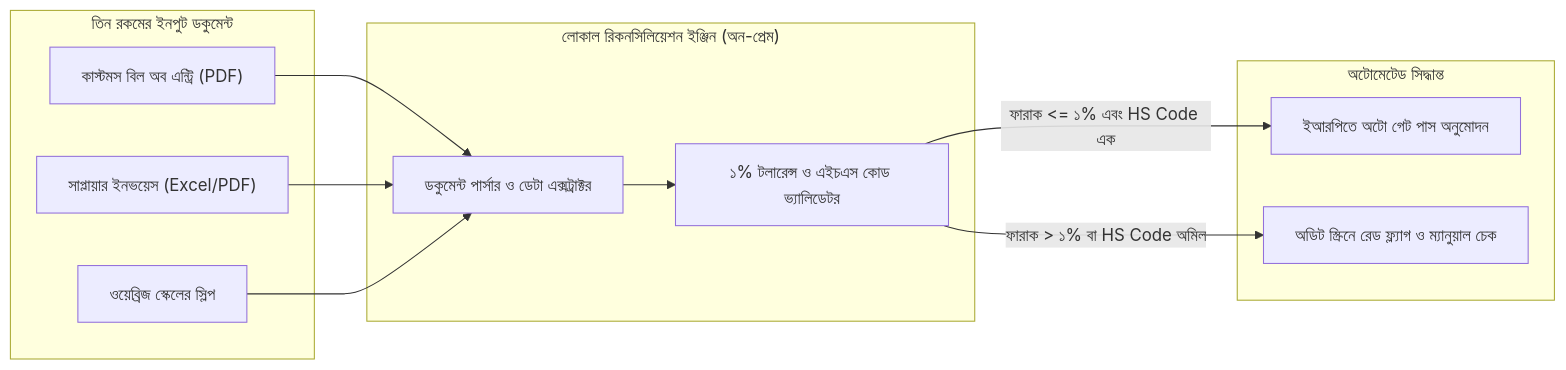
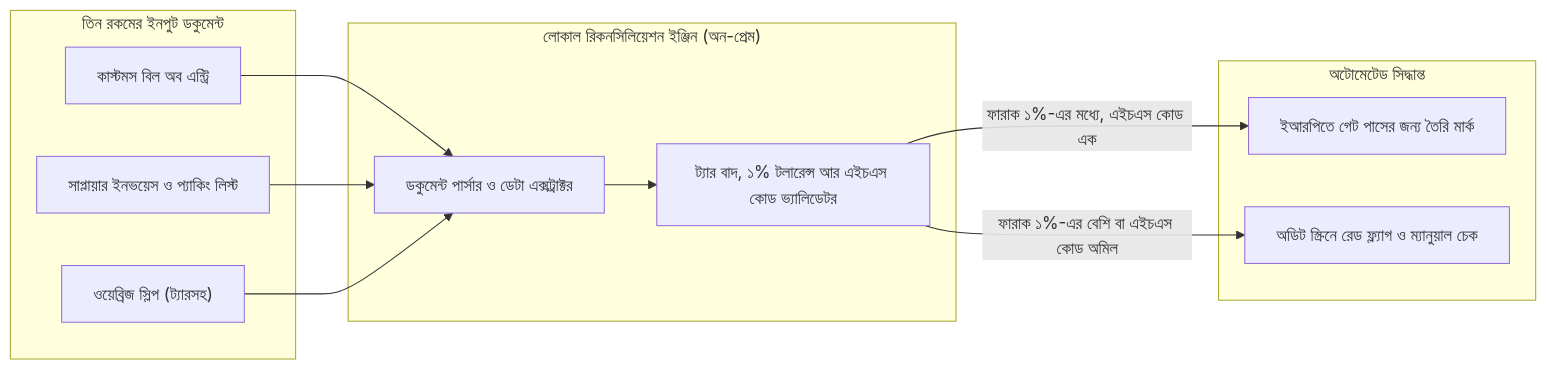
The second of 2 diagrams in docs/chapter-4/index.md (aiwithr/fde_book), drawn with Mermaid before and after one commit. The commit also changed other lines of this file, not shown here.

````diff
--- a/docs/chapter-4/index.md
+++ b/docs/chapter-4/index.md
@@ -175,23 +197,23 @@
 ```mermaid
 flowchart LR
     subgraph Docs["তিন রকমের ইনপুট ডকুমেন্ট"]
-        D1["কাস্টমস বিল অব এন্ট্রি (PDF)"]
-        D2["সাপ্লায়ার ইনভয়েস (Excel/PDF)"]
-        D3["ওয়েব্রিজ স্কেলের স্লিপ"]
+        D1["কাস্টমস বিল অব এন্ট্রি"]
+        D2["সাপ্লায়ার ইনভয়েস ও প্যাকিং লিস্ট"]
+        D3["ওয়েব্রিজ স্লিপ (ট্যারসহ)"]
     end
 
     subgraph LocalEngine["লোকাল রিকনসিলিয়েশন ইঞ্জিন (অন-প্রেম)"]
         E1["ডকুমেন্ট পার্সার ও ডেটা এক্সট্রাক্টর"]
-        E2["১% টলারেন্স ও এইচএস কোড ভ্যালিডেটর"]
+        E2["ট্যার বাদ, ১% টলারেন্স আর এইচএস কোড ভ্যালিডেটর"]
 
         D1 --> E1
         D2 --> E1
         D3 --> E1
         E1 --> E2
     end
 
     subgraph Result["অটোমেটেড সিদ্ধান্ত"]
-        E2 -- "ফারাক <= ১% এবং HS Code এক" --> R1["ইআরপিতে অটো গেট পাস অনুমোদন"]
-        E2 -- "ফারাক > ১% বা HS Code অমিল" --> R2["অডিট স্ক্রিনে রেড ফ্ল্যাগ ও ম্যানুয়াল চেক"]
+        E2 -- "ফারাক ১%-এর মধ্যে, এইচএস কোড এক" --> R1["ইআরপিতে গেট পাসের জন্য তৈরি মার্ক"]
+        E2 -- "ফারাক ১%-এর বেশি বা এইচএস কোড অমিল" --> R2["অডিট স্ক্রিনে রেড ফ্ল্যাগ ও ম্যানুয়াল চেক"]
     end
 ```
````
